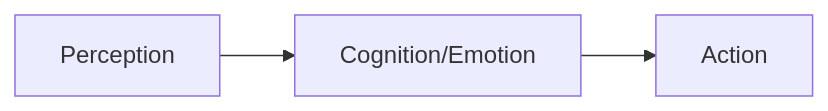
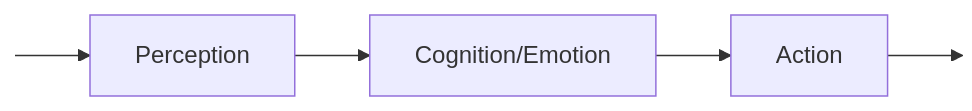
The second of 5 diagrams in slides/wk-06-2026-02-19-language.qmd (psu-psychology/psy-511-scan-fdns-2026-spring), drawn with Mermaid before and after one commit. The commit also changed other lines of this file and 5 other files, not shown here.

````diff
--- a/slides/wk-06-2026-02-19-language.qmd
+++ b/slides/wk-06-2026-02-19-language.qmd
@@ -277,7 +372,14 @@
 ```{mermaid}
 %%| label: fig-serial
 %%| fig-cap: "A simplistic feedforward psychological architecture."
 flowchart LR
+  E[ ]:::empty
+  W[ ]:::empty
+  E --> A
   A[Perception] --> B[Cognition/Emotion]
   B --> C[Action]
+  C --> W
+  
+  %% Define the style for the empty node
+  classDef empty height:0,width:0,margin:0;
 ```
````
